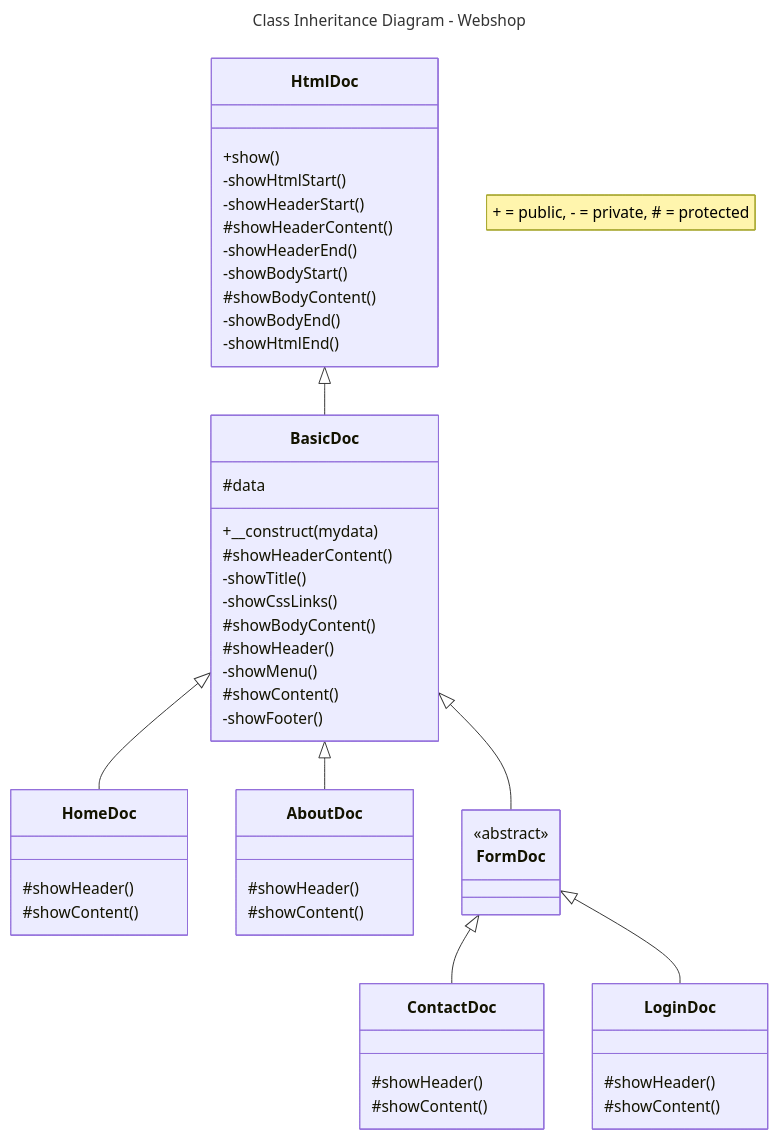
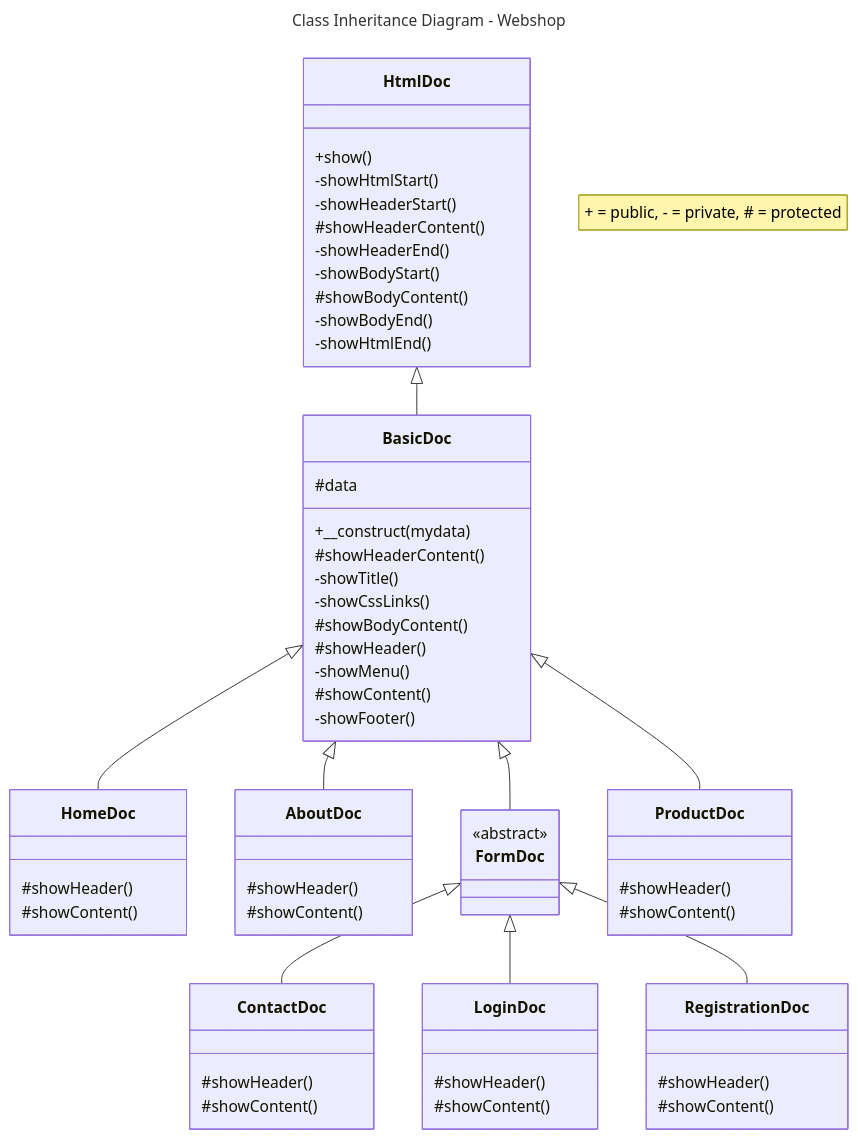
One commit to JeroenHeemskerk/educom-webshop-oop-1706014168 changed the diagram in Diagrams/class-inheritance-diagram-webshop.md. Above: the diagram before and after it, drawn with Mermaid. The commit also changed 5 other files, not shown here.

Commit message:
#0-1A: Made changes to class inheritance diagram

````diff
--- a/Diagrams/class-inheritance-diagram-webshop.md
+++ b/Diagrams/class-inheritance-diagram-webshop.md
@@ -1,60 +1,70 @@
 ```mermaid
 ---
 title: Class Inheritance Diagram - Webshop
 ---
 classDiagram
     note "+ = public, - = private, # = protected"
     %% A <|-- B means that class B inherits from class A %%
     HtmlDoc <|-- BasicDoc
 
     BasicDoc <|-- HomeDoc
     BasicDoc <|-- AboutDoc
     BasicDoc <|-- FormDoc
+	BasicDoc <|-- ProductDoc
 
     FormDoc <|-- ContactDoc
     FormDoc <|-- LoginDoc
+	FormDoc <|-- RegistrationDoc
 
     class HtmlDoc{
        +show()
        -showHtmlStart()
        -showHeaderStart()
        #showHeaderContent()
        -showHeaderEnd()
        -showBodyStart()
        #showBodyContent()
        -showBodyEnd()
        -showHtmlEnd()
     }
     class BasicDoc{
         #data 
         +__construct(mydata)
         #showHeaderContent()
         -showTitle()
         -showCssLinks()
         #showBodyContent()
         #showHeader()
         -showMenu()
         #showContent()
         -showFooter()
     }
     class HomeDoc{
         #showHeader()
         #showContent()
     }
     class AboutDoc{
         #showHeader()
         #showContent()
     }
     class FormDoc{
         <<abstract>>
     }
+	class ProductDoc{
+		#showHeader()
+		#showContent()
+	}
     class ContactDoc{
         #showHeader()
         #showContent()
     }
     class LoginDoc{
         #showHeader()
         #showContent()
     }
+	class RegistrationDoc{
+		#showHeader()
+		#showContent()
+	}
 
 ```
````
